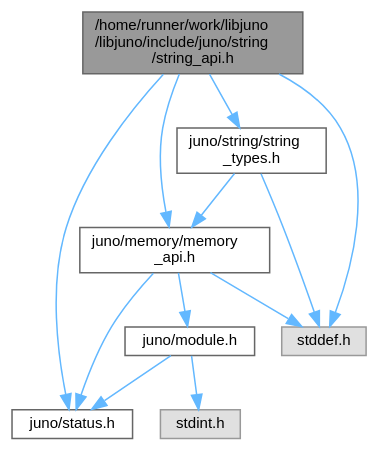
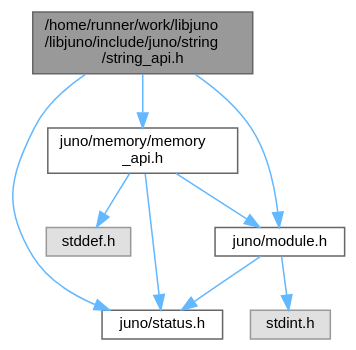
Before and after one commit to robinonsay/libjuno: the diagram in string__api_8h__incl.dot, drawn with Graphviz. The commit also changed 272 other files, not shown here.

```diff
--- a/string__api_8h__incl.dot
+++ b/string__api_8h__incl.dot
@@ -1,25 +1,21 @@
 digraph "/home/runner/work/libjuno/libjuno/include/juno/string/string_api.h"
 {
  // LATEX_PDF_SIZE
   bgcolor="transparent";
   edge [fontname=Helvetica,fontsize=10,labelfontname=Helvetica,labelfontsize=10];
   node [fontname=Helvetica,fontsize=10,shape=box,height=0.2,width=0.4];
   Node1 [id="Node000001",label="/home/runner/work/libjuno\l/libjuno/include/juno/string\l/string_api.h",height=0.2,width=0.4,color="gray40", fillcolor="grey60", style="filled", fontcolor="black",tooltip=" "];
   Node1 -> Node2 [id="edge1_Node000001_Node000002",color="steelblue1",style="solid",tooltip=" "];
   Node2 [id="Node000002",label="juno/memory/memory\l_api.h",height=0.2,width=0.4,color="grey40", fillcolor="white", style="filled",URL="$memory__api_8h.html",tooltip=" "];
   Node2 -> Node3 [id="edge2_Node000002_Node000003",color="steelblue1",style="solid",tooltip=" "];
   Node3 [id="Node000003",label="juno/status.h",height=0.2,width=0.4,color="grey40", fillcolor="white", style="filled",URL="$status_8h.html",tooltip=" "];
   Node2 -> Node4 [id="edge3_Node000002_Node000004",color="steelblue1",style="solid",tooltip=" "];
   Node4 [id="Node000004",label="juno/module.h",height=0.2,width=0.4,color="grey40", fillcolor="white", style="filled",URL="$module_8h.html",tooltip=" "];
   Node4 -> Node3 [id="edge4_Node000004_Node000003",color="steelblue1",style="solid",tooltip=" "];
   Node4 -> Node5 [id="edge5_Node000004_Node000005",color="steelblue1",style="solid",tooltip=" "];
   Node5 [id="Node000005",label="stdint.h",height=0.2,width=0.4,color="grey60", fillcolor="#E0E0E0", style="filled",tooltip=" "];
   Node2 -> Node6 [id="edge6_Node000002_Node000006",color="steelblue1",style="solid",tooltip=" "];
   Node6 [id="Node000006",label="stddef.h",height=0.2,width=0.4,color="grey60", fillcolor="#E0E0E0", style="filled",tooltip=" "];
   Node1 -> Node3 [id="edge7_Node000001_Node000003",color="steelblue1",style="solid",tooltip=" "];
-  Node1 -> Node7 [id="edge8_Node000001_Node000007",color="steelblue1",style="solid",tooltip=" "];
-  Node7 [id="Node000007",label="juno/string/string\l_types.h",height=0.2,width=0.4,color="grey40", fillcolor="white", style="filled",URL="$string__types_8h.html",tooltip=" "];
-  Node7 -> Node2 [id="edge9_Node000007_Node000002",color="steelblue1",style="solid",tooltip=" "];
-  Node7 -> Node6 [id="edge10_Node000007_Node000006",color="steelblue1",style="solid",tooltip=" "];
-  Node1 -> Node6 [id="edge11_Node000001_Node000006",color="steelblue1",style="solid",tooltip=" "];
+  Node1 -> Node4 [id="edge8_Node000001_Node000004",color="steelblue1",style="solid",tooltip=" "];
 }
```
